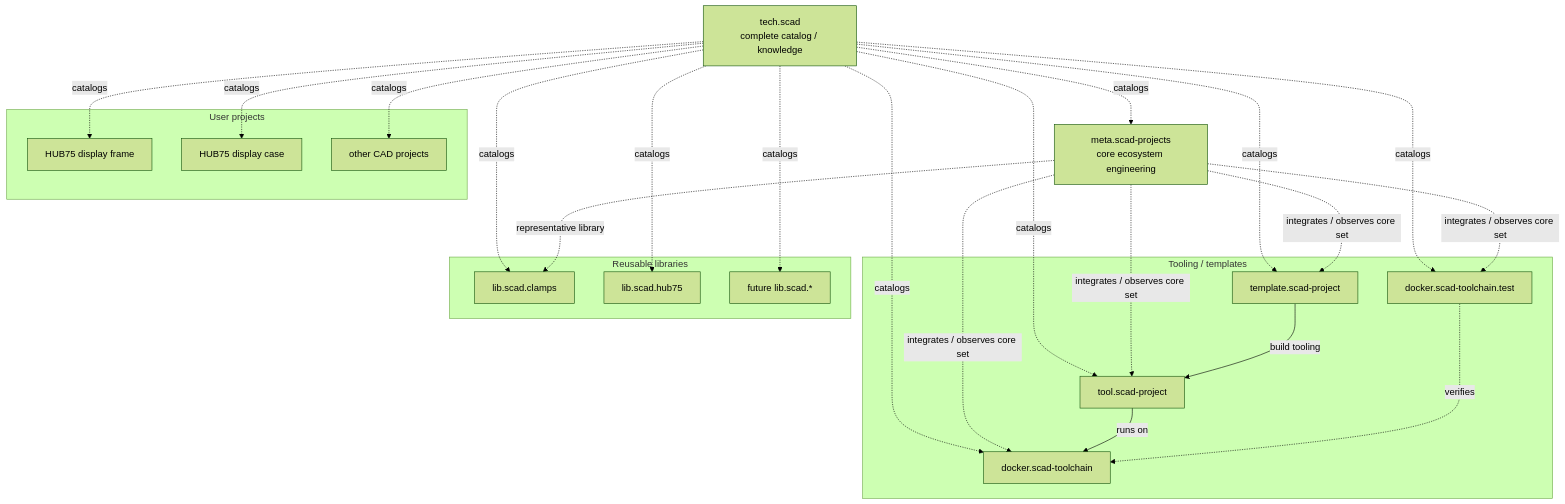
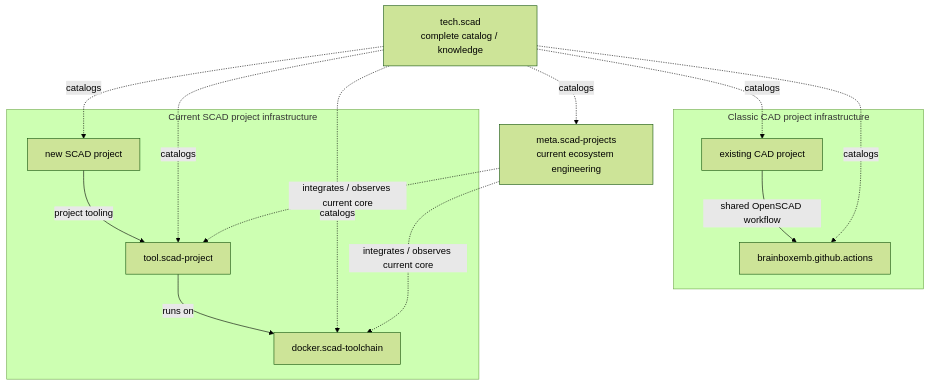
One commit to brainboxemb/tech.scad changed the diagram in docs/architecture.md. Above: the diagram before and after it, drawn with Mermaid (forest theme). The commit also changed other lines of this file, not shown here.

Commit message:
Document infrastructure generations

````diff
--- a/docs/architecture.md
+++ b/docs/architecture.md
@@ -46,47 +28,30 @@
 ```mermaid
 flowchart TD
     TECH["tech.scad<br/>complete catalog / knowledge"]
 
-    META["meta.scad-projects<br/>core ecosystem engineering"]
-
-    subgraph TOOLING["Tooling / templates"]
-        RUNTIME["docker.scad-toolchain"]
-        TEST["docker.scad-toolchain.test"]
-        TOOL["tool.scad-project"]
-        TEMPLATE["template.scad-project"]
+    subgraph CLASSIC["Classic CAD project infrastructure"]
+        OLDPROJECT["existing CAD project"]
+        ACTIONS["brainboxemb.github.actions"]
+        OLDPROJECT -->|"shared OpenSCAD workflow"| ACTIONS
     end
 
-    subgraph LIBS["Reusable libraries"]
-        CLAMPS["lib.scad.clamps"]
-        HUB75["lib.scad.hub75"]
-        MORELIBS["future lib.scad.*"]
+    subgraph CURRENT["Current SCAD project infrastructure"]
+        NEWPROJECT["new SCAD project"]
+        TOOL["tool.scad-project"]
+        RUNTIME["docker.scad-toolchain"]
+        NEWPROJECT -->|"project tooling"| TOOL
+        TOOL -->|"runs on"| RUNTIME
     end
 
-    subgraph PROJECTS["User projects"]
-        FRAME["HUB75 display frame"]
-        CASE["HUB75 display case"]
-        OTHER["other CAD projects"]
-    end
+    META["meta.scad-projects<br/>current ecosystem engineering"]
 
+    TECH -.->|"catalogs"| OLDPROJECT
+    TECH -.->|"catalogs"| ACTIONS
+    TECH -.->|"catalogs"| NEWPROJECT
+    TECH -.->|"catalogs"| TOOL
+    TECH -.->|"catalogs"| RUNTIME
     TECH -.->|"catalogs"| META
-    TECH -.->|"catalogs"| RUNTIME
-    TECH -.->|"catalogs"| TEST
-    TECH -.->|"catalogs"| TOOL
-    TECH -.->|"catalogs"| TEMPLATE
-    TECH -.->|"catalogs"| CLAMPS
-    TECH -.->|"catalogs"| HUB75
-    TECH -.->|"catalogs"| MORELIBS
-    TECH -.->|"catalogs"| FRAME
-    TECH -.->|"catalogs"| CASE
-    TECH -.->|"catalogs"| OTHER
 
-    META -.->|"integrates / observes core set"| RUNTIME
-    META -.->|"integrates / observes core set"| TEST
-    META -.->|"integrates / observes core set"| TOOL
-    META -.->|"integrates / observes core set"| TEMPLATE
-    META -.->|"representative library"| CLAMPS
-
-    TEMPLATE -->|"build tooling"| TOOL
-    TOOL -->|"runs on"| RUNTIME
-    TEST -.->|"verifies"| RUNTIME
+    META -.->|"integrates / observes current core"| TOOL
+    META -.->|"integrates / observes current core"| RUNTIME
 ```
````
